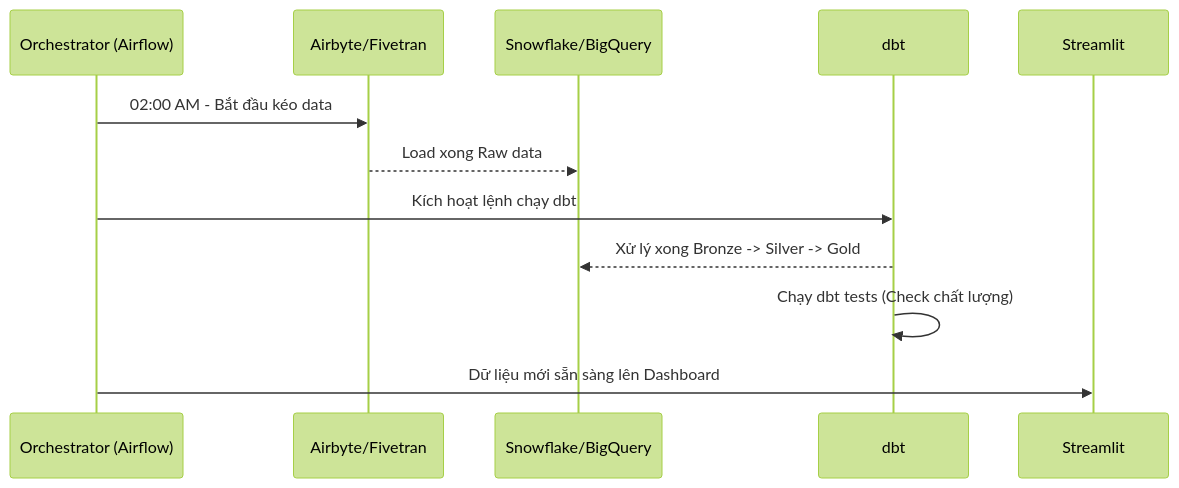
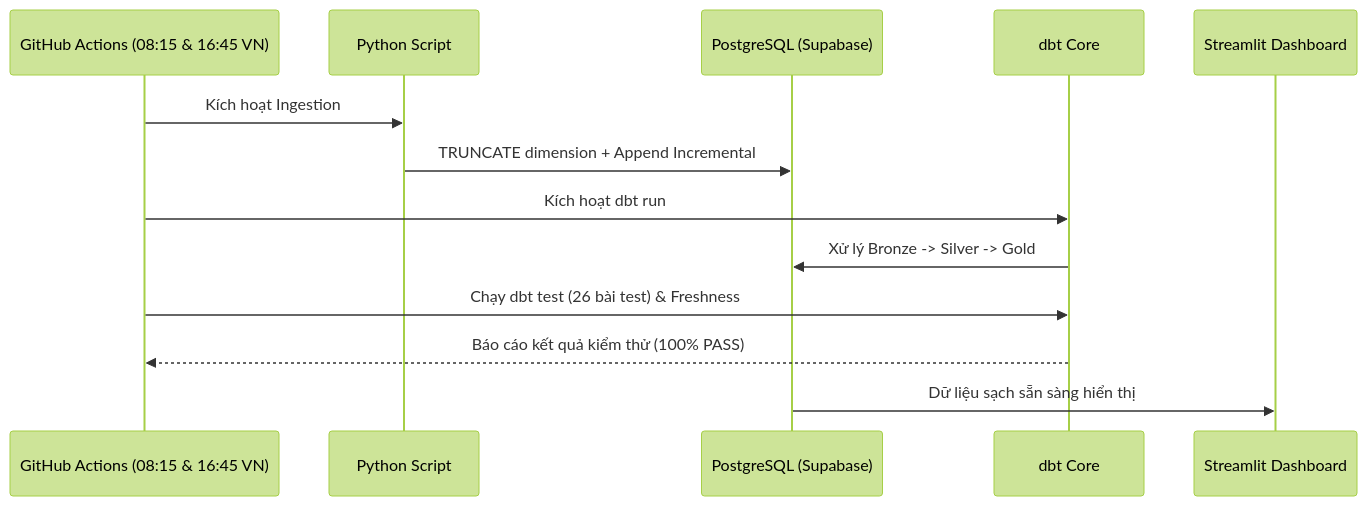
One commit to PhucTruong11/laplaptech_pipeline changed the third of 3 diagrams in SYSTEM_DESIGN_GUIDE.md. Above: the diagram before and after it, drawn with Mermaid (forest theme). The commit also changed other lines of this file and 11 other files, not shown here.

````diff
--- a/SYSTEM_DESIGN_GUIDE.md
+++ b/SYSTEM_DESIGN_GUIDE.md
@@ -137,15 +145,16 @@
 ```mermaid
 sequenceDiagram
-    participant Airflow as Orchestrator (Airflow)
-    participant Ingestion as Airbyte/Fivetran
-    participant Warehouse as Snowflake/BigQuery
-    participant Transform as dbt
-    participant App as Streamlit
+    participant GH as GitHub Actions (08:15 & 16:45 VN)
+    participant Ingestion as Python Script
+    participant Warehouse as PostgreSQL (Supabase)
+    participant Transform as dbt Core
+    participant App as Streamlit Dashboard
 
-    Airflow->>Ingestion: 02:00 AM - Bắt đầu kéo data
-    Ingestion-->>Warehouse: Load xong Raw data
-    Airflow->>Transform: Kích hoạt lệnh chạy dbt
-    Transform-->>Warehouse: Xử lý xong Bronze -> Silver -> Gold
-    Transform->>Transform: Chạy dbt tests (Check chất lượng)
-    Airflow->>App: Dữ liệu mới sẵn sàng lên Dashboard
+    GH->>Ingestion: Kích hoạt Ingestion
+    Ingestion->>Warehouse: TRUNCATE dimension + Append Incremental
+    GH->>Transform: Kích hoạt dbt run
+    Transform->>Warehouse: Xử lý Bronze -> Silver -> Gold
+    GH->>Transform: Chạy dbt test (26 bài test) & Freshness
+    Transform-->>GH: Báo cáo kết quả kiểm thử (100% PASS)
+    Warehouse->>App: Dữ liệu sạch sẵn sàng hiển thị
 ```
````
